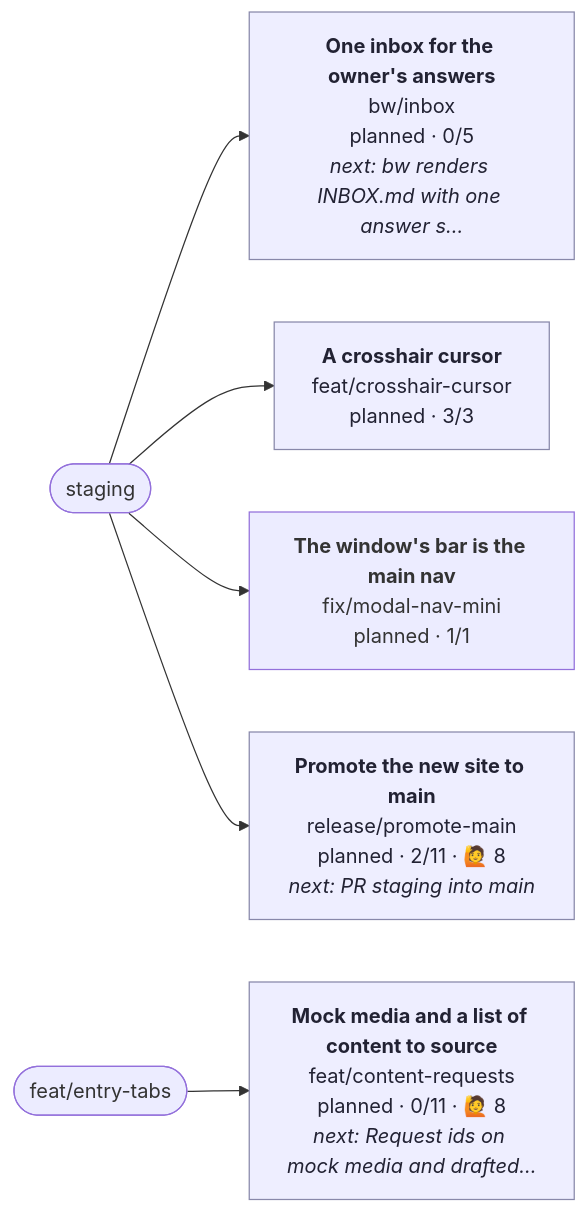
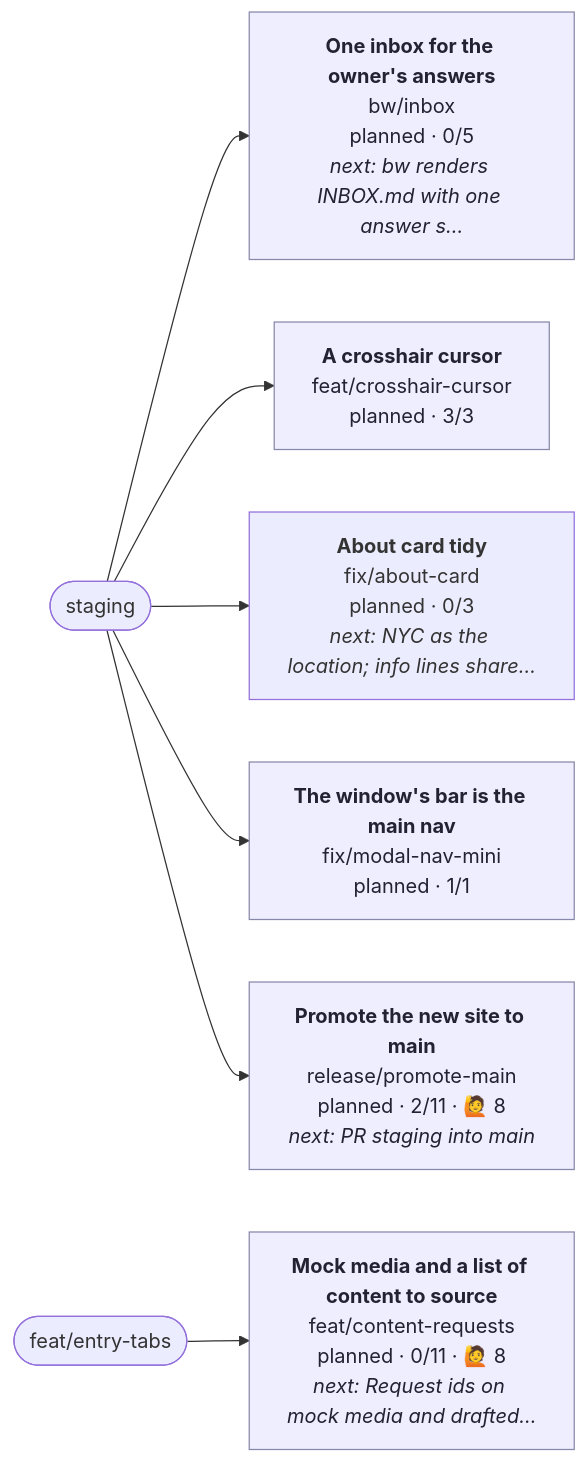
The diagram in CONTRIBUTING.md (henryjonescodes/portfolio), drawn with Mermaid before and after one commit. The commit also changed other lines of this file, not shown here.

````diff
--- a/CONTRIBUTING.md
+++ b/CONTRIBUTING.md
@@ -17,25 +17,28 @@
 ```mermaid
 flowchart LR
   n_staging([staging])
   n_feat_entry_tabs([feat/entry-tabs])
   n_bw_inbox["<b>One inbox for the owner's answers</b><br/>bw/inbox<br/>planned · 0/5<br/><i>next: bw renders INBOX.md with one answer s…</i>"]
   class n_bw_inbox planned
   n_staging --> n_bw_inbox
   n_feat_content_requests["<b>Mock media and a list of content to source</b><br/>feat/content-requests<br/>planned · 0/11 · 🙋 8<br/><i>next: Request ids on mock media and drafted…</i>"]
   class n_feat_content_requests planned
   n_feat_entry_tabs --> n_feat_content_requests
   n_feat_crosshair_cursor["<b>A crosshair cursor</b><br/>feat/crosshair-cursor<br/>planned · 3/3"]
   class n_feat_crosshair_cursor planned
   n_staging --> n_feat_crosshair_cursor
+  n_fix_about_card["<b>About card tidy</b><br/>fix/about-card<br/>planned · 0/3<br/><i>next: NYC as the location; info lines share…</i>"]
+  class n_fix_about_card planned,current
+  n_staging --> n_fix_about_card
   n_fix_modal_nav_mini["<b>The window's bar is the main nav</b><br/>fix/modal-nav-mini<br/>planned · 1/1"]
-  class n_fix_modal_nav_mini planned,current
+  class n_fix_modal_nav_mini planned
   n_staging --> n_fix_modal_nav_mini
   n_release_promote_main["<b>Promote the new site to main</b><br/>release/promote-main<br/>planned · 2/11 · 🙋 8<br/><i>next: PR staging into main</i>"]
   class n_release_promote_main planned
   n_staging --> n_release_promote_main
   classDef planned fill:#eef,stroke:#88a,color:#223
   classDef active fill:#dfd,stroke:#3a3,stroke-width:3px,color:#132
   classDef blocked fill:#fdd,stroke:#c33,color:#311
   classDef review fill:#ffd,stroke:#cc3,color:#331
   classDef current stroke:#06c,stroke-width:4px
 ```
````
